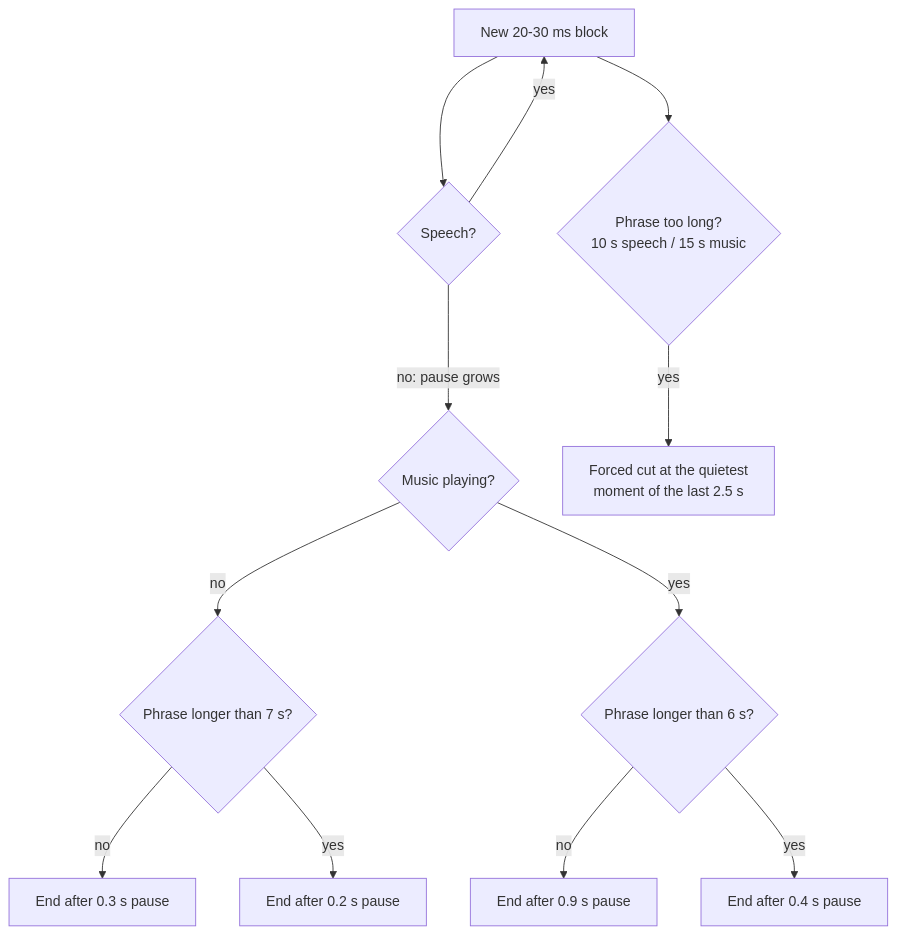
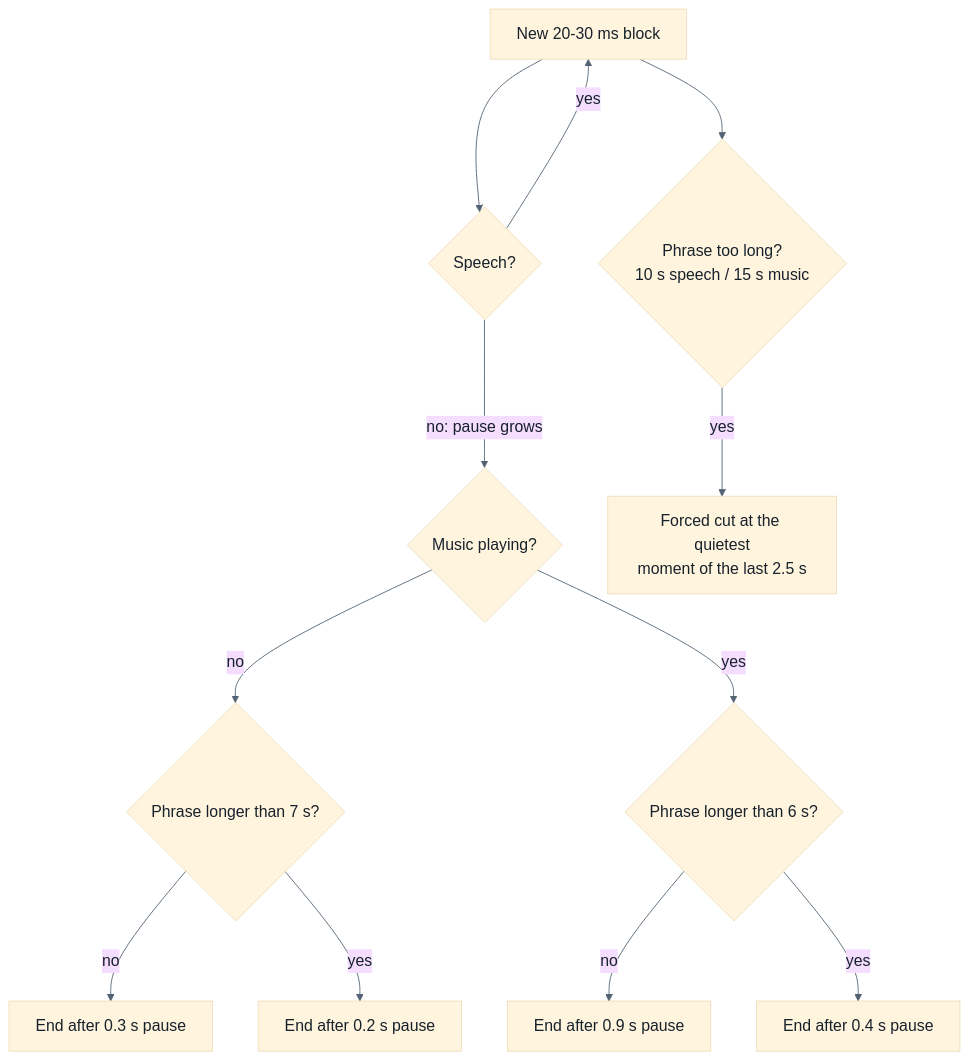
Before and after one commit to Benn-maker-bot/Interpreter: the third of 8 diagrams in docs/MAP.md, drawn with Mermaid. The commit also changed other lines of this file and 21 other files, not shown here.

````diff
--- a/docs/MAP.md
+++ b/docs/MAP.md
@@ -55,14 +61,15 @@
 ```mermaid
+%%{init: {"theme": "base", "themeVariables": {"fontSize": "18px", "fontFamily": "Segoe UI, Arial, sans-serif", "lineColor": "#536273", "primaryTextColor": "#17212b"}, "flowchart": {"nodeSpacing": 52, "rankSpacing": 64, "htmlLabels": true, "curve": "basis"}}}%%
 flowchart TD
     A[New 20-30 ms block] --> B{Speech?}
     B -- yes --> A
     B -- no: pause grows --> C{Music playing?}
     C -- no --> D{Phrase longer than 7 s?}
     D -- no --> E[End after 0.3 s pause]
     D -- yes --> F[End after 0.2 s pause]
     C -- yes --> G{Phrase longer than 6 s?}
     G -- no --> H[End after 0.9 s pause]
     G -- yes --> I[End after 0.4 s pause]
     A --> J{Phrase too long?<br/>10 s speech / 15 s music}
     J -- yes --> K[Forced cut at the quietest<br/>moment of the last 2.5 s]
 ```
````
